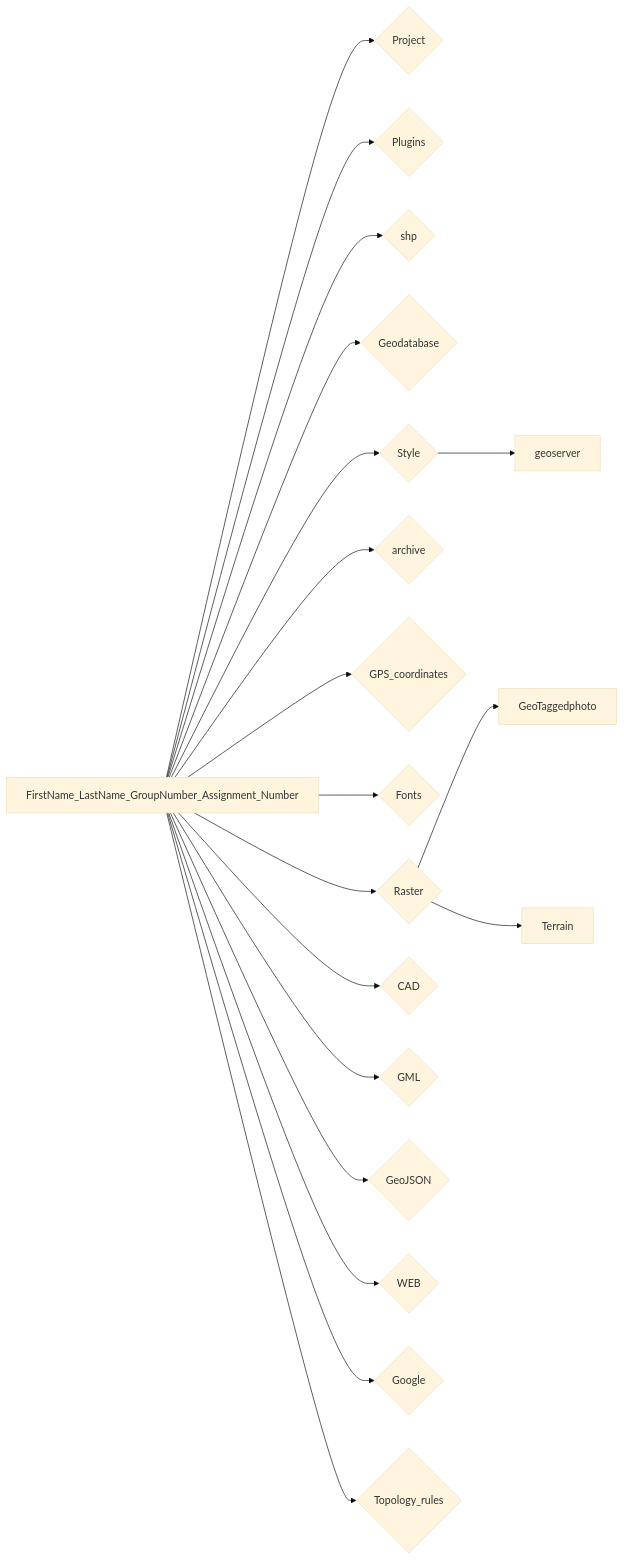
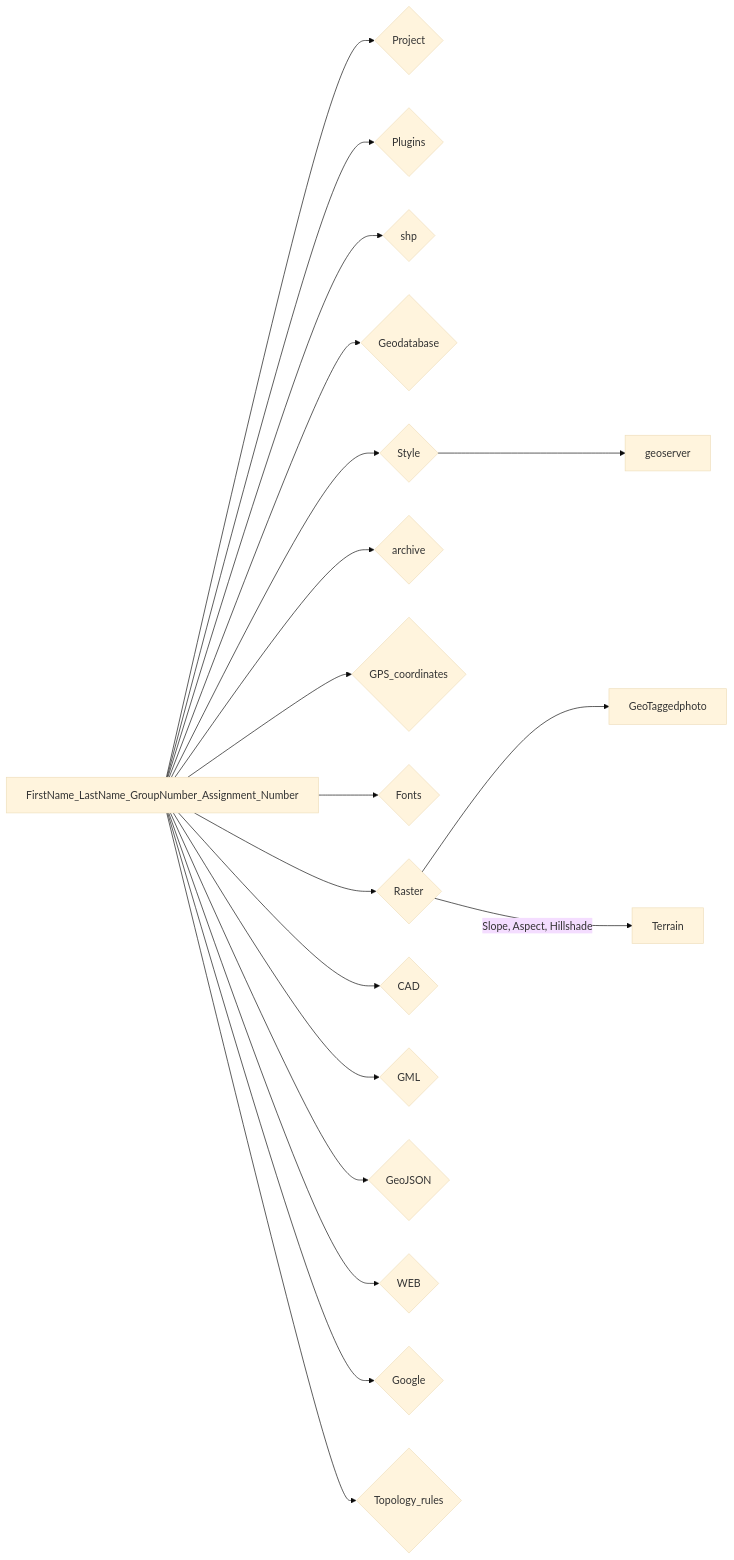
Before and after one commit to ezdanapak/GTU-GIS: the diagram in docs/GIS_SKA/Lab/Terrain_analysis.md, drawn with Mermaid (base theme). The commit also changed other lines of this file, not shown here.

````diff
--- a/docs/GIS_SKA/Lab/Terrain_analysis.md
+++ b/docs/GIS_SKA/Lab/Terrain_analysis.md
@@ -86,23 +86,23 @@
 ``` mermaid
 graph LR
   A[FirstName_LastName_GroupNumber_Assignment_Number] --> B{Project};
   A[FirstName_LastName_GroupNumber_Assignment_Number] --> C{Plugins};
   A[FirstName_LastName_GroupNumber_Assignment_Number] --> D{shp};
   A[FirstName_LastName_GroupNumber_Assignment_Number] --> E{Geodatabase};
   A[FirstName_LastName_GroupNumber_Assignment_Number] --> F{Style};
   A[FirstName_LastName_GroupNumber_Assignment_Number] --> G{archive};
   A[FirstName_LastName_GroupNumber_Assignment_Number] --> H{GPS_coordinates};
   A[FirstName_LastName_GroupNumber_Assignment_Number] --> I{Fonts};
   A[FirstName_LastName_GroupNumber_Assignment_Number] --> J{Raster};
   J --> K[GeoTaggedphoto];
   A[FirstName_LastName_GroupNumber_Assignment_Number] --> L{CAD};
   A[FirstName_LastName_GroupNumber_Assignment_Number] --> M{GML};
   A[FirstName_LastName_GroupNumber_Assignment_Number] --> N{GeoJSON};
   F --> O[geoserver];
   A[FirstName_LastName_GroupNumber_Assignment_Number] --> P{WEB};
   A[FirstName_LastName_GroupNumber_Assignment_Number] --> Q{Google};
   A[FirstName_LastName_GroupNumber_Assignment_Number] --> R{Topology_rules};
-  J --> S[Terrain];
+  J -->|Slope, Aspect, Hillshade| S[Terrain];
 
 
 ```
````
